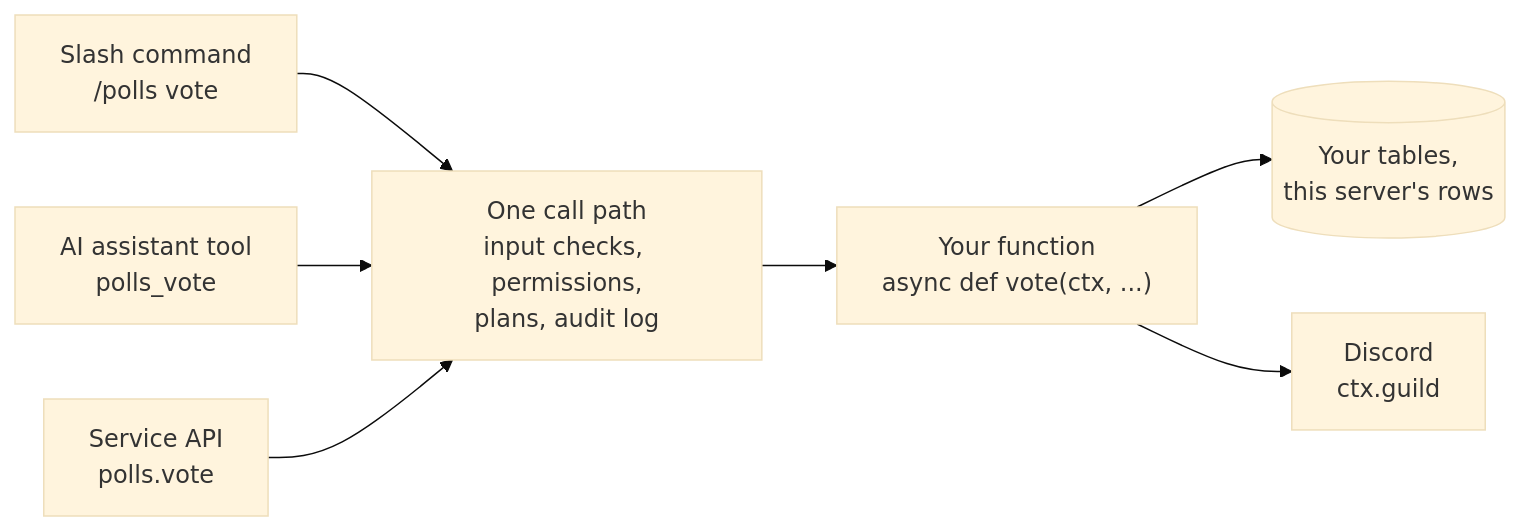
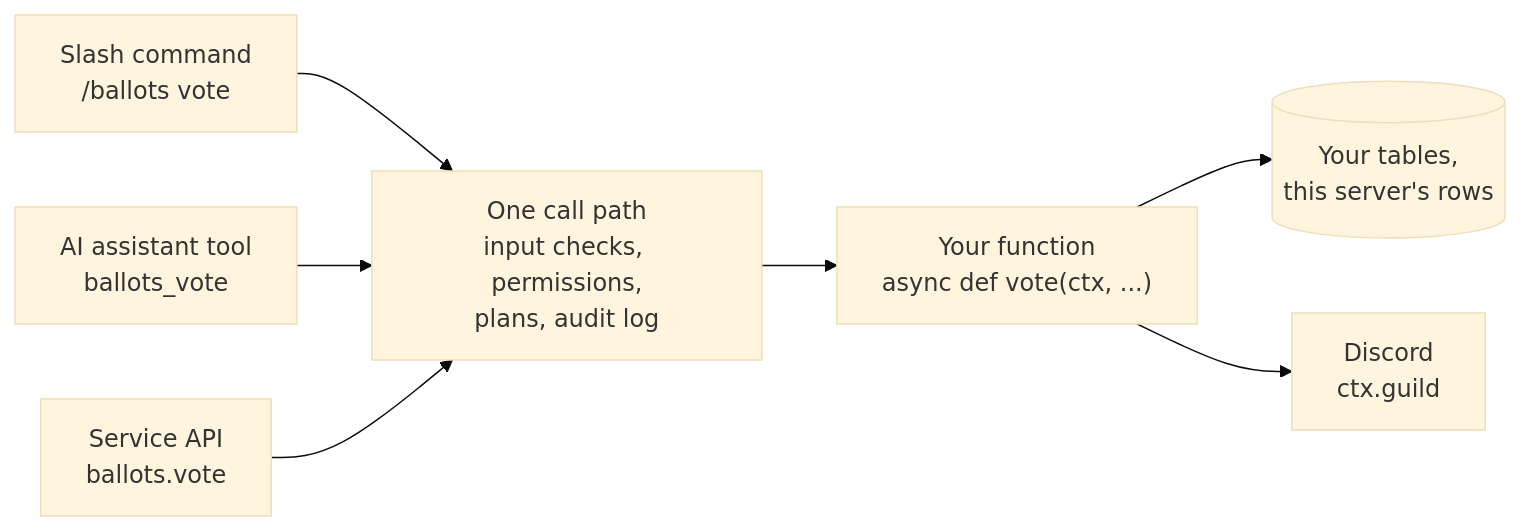
The diagram in docs/plugins/reference.md (teabot-dev/teabot), drawn with Mermaid (base theme) before and after one commit. The commit also changed 26 other files, not shown here.

````diff
--- a/docs/plugins/reference.md
+++ b/docs/plugins/reference.md
@@ -9,9 +9,9 @@
 ```mermaid
 flowchart LR
-    slash["Slash command<br>/polls vote"] --> path
-    mcp["AI assistant tool<br>polls_vote"] --> path
-    api["Service API<br>polls.vote"] --> path
+    slash["Slash command<br>/ballots vote"] --> path
+    mcp["AI assistant tool<br>ballots_vote"] --> path
+    api["Service API<br>ballots.vote"] --> path
     path["One call path<br>input checks, permissions,<br>plans, audit log"] --> fn["Your function<br>async def vote(ctx, ...)"]
     fn --> db[("Your tables,<br>this server's rows")]
     fn --> discord["Discord<br>ctx.guild"]
 ```
````
